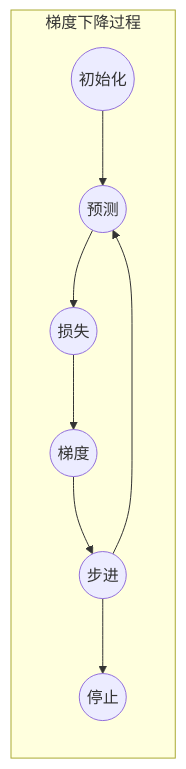
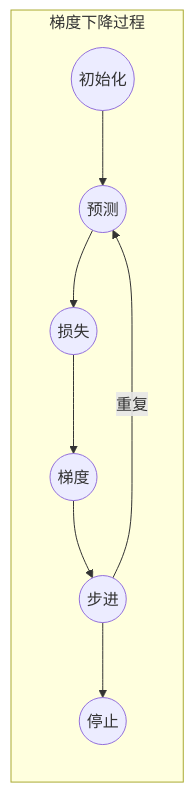
One commit to Jaas-Wang/smartbook changed the second of 2 diagrams in smartbook/Fastai-04.md. Above: the diagram before and after it, drawn with Mermaid. The commit also changed other lines of this file, not shown here.

````diff
--- a/smartbook/Fastai-04.md
+++ b/smartbook/Fastai-04.md
@@ -782,15 +782,15 @@
 ```mermaid
 graph LR
 init((初始化))
 predict((预测))
 loss((损失))
 gradient((梯度))
 step((步进))
 stop((停止))
 subgraph 梯度下降过程
 init --> predict --> loss --> gradient  --> step --> stop 
 end
 subgraph 梯度下降过程
-step --> predict
+step --重复--> predict
 end
 ```
````
